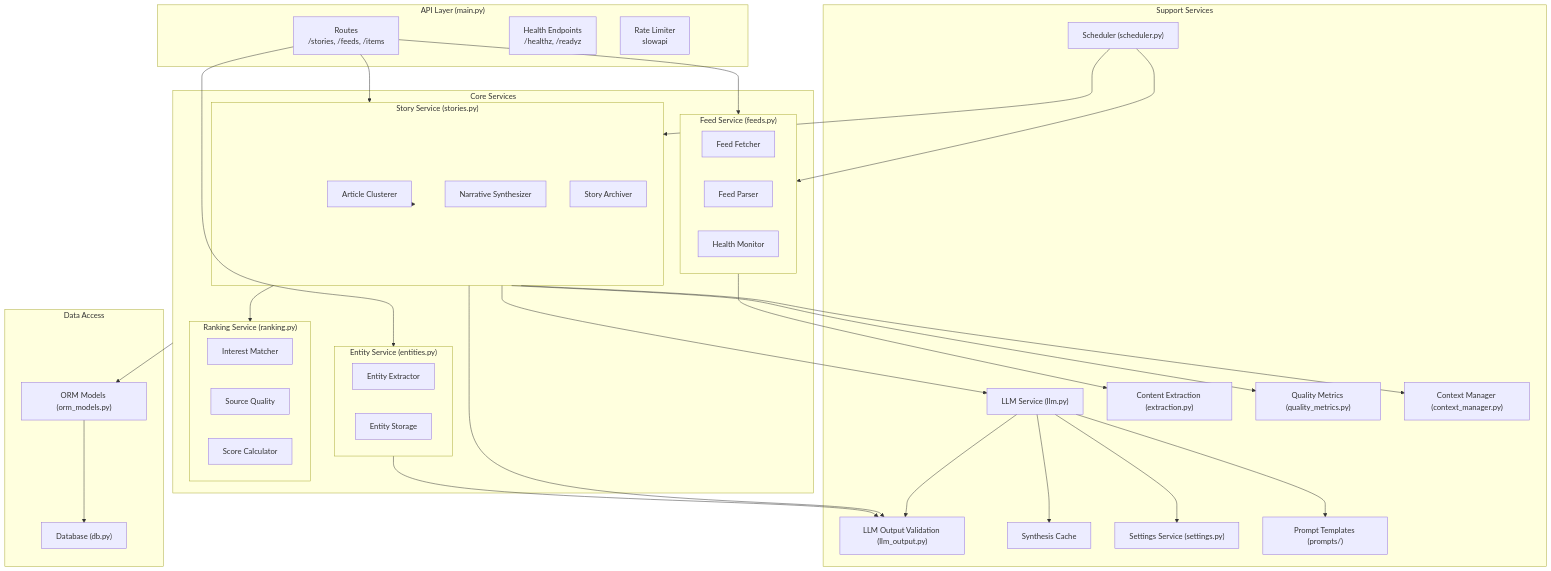
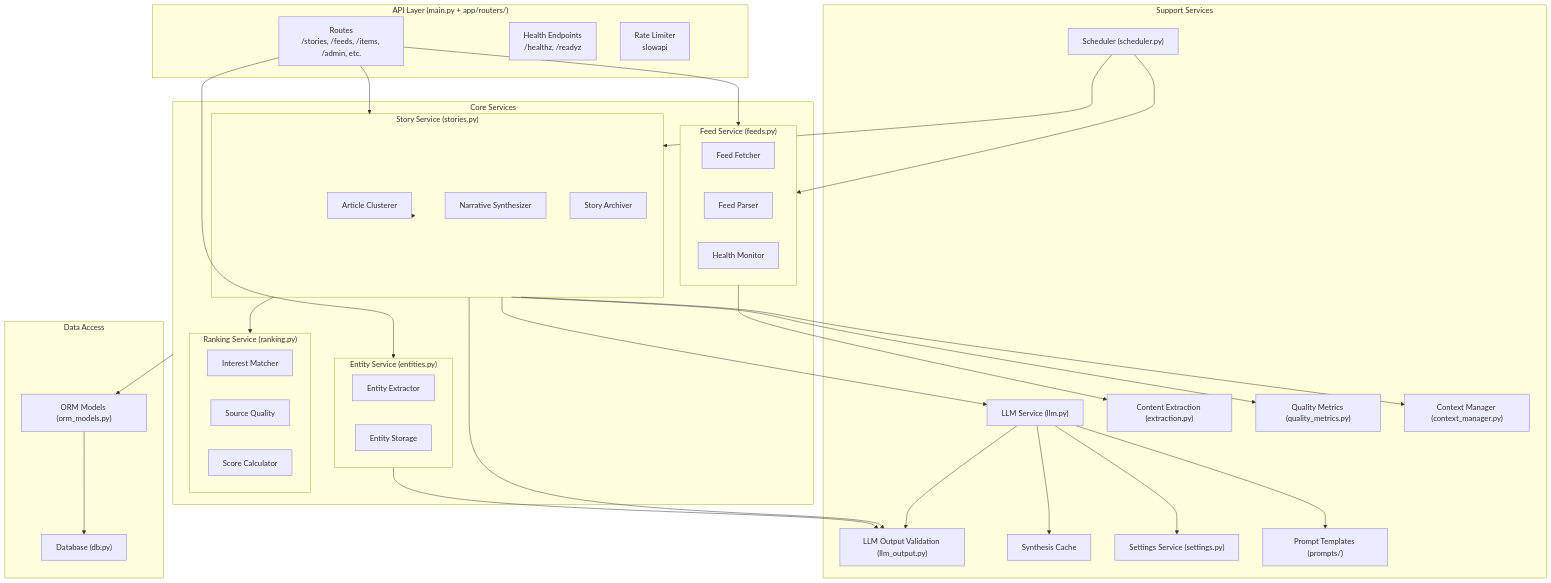
One commit to Deim0s13/newsbrief changed the fourth of 11 diagrams in docs/ARCHITECTURE.md. Above: the diagram before and after it, drawn with Mermaid. The commit also changed 18 other files, not shown here.

````diff
--- a/docs/ARCHITECTURE.md
+++ b/docs/ARCHITECTURE.md
@@ -432,71 +432,71 @@
 ```mermaid
 flowchart TB
-    subgraph API["API Layer (main.py)"]
-        Routes["Routes<br/>/stories, /feeds, /items"]
+    subgraph API["API Layer (main.py + app/routers/)"]
+        Routes["Routes<br/>/stories, /feeds, /items, /admin, etc."]
         Health["Health Endpoints<br/>/healthz, /readyz"]
         RateLimit["Rate Limiter<br/>slowapi"]
     end
 
     subgraph Core["Core Services"]
         subgraph FeedSvc["Feed Service (feeds.py)"]
             FeedFetch["Feed Fetcher"]
             FeedParse["Feed Parser"]
             FeedHealth["Health Monitor"]
         end
 
         subgraph StorySvc["Story Service (stories.py)"]
             Cluster["Article Clusterer"]
             Synth["Narrative Synthesizer"]
             Archive["Story Archiver"]
         end
 
         subgraph EntitySvc["Entity Service (entities.py)"]
             NER["Entity Extractor"]
             EntityStore["Entity Storage"]
         end
 
         subgraph RankSvc["Ranking Service (ranking.py)"]
             Interest["Interest Matcher"]
             SourceQual["Source Quality"]
             ScoreCalc["Score Calculator"]
         end
     end
 
     subgraph Support["Support Services"]
         LLMSvc["LLM Service (llm.py)"]
         LLMOutput["LLM Output Validation (llm_output.py)"]
         ExtractSvc["Content Extraction (extraction.py)"]
         CacheSvc["Synthesis Cache"]
         SchedSvc["Scheduler (scheduler.py)"]
         QualityMet["Quality Metrics (quality_metrics.py)"]
         CtxMgr["Context Manager (context_manager.py)"]
         Settings["Settings Service (settings.py)"]
         Prompts["Prompt Templates (prompts/)"]
     end
 
     subgraph Data["Data Access"]
         ORM["ORM Models (orm_models.py)"]
         DB["Database (db.py)"]
     end
 
     Routes --> StorySvc
     Routes --> FeedSvc
     Routes --> EntitySvc
     StorySvc --> LLMSvc
     StorySvc --> LLMOutput
     StorySvc --> Cluster
     StorySvc --> RankSvc
     EntitySvc --> LLMOutput
     FeedSvc --> ExtractSvc
     LLMSvc --> CacheSvc
     LLMSvc --> LLMOutput
     LLMSvc --> Settings
     LLMSvc --> Prompts
     StorySvc --> QualityMet
     StorySvc --> CtxMgr
     SchedSvc --> FeedSvc
     SchedSvc --> StorySvc
 
     Core --> ORM
     ORM --> DB
 ```
````
